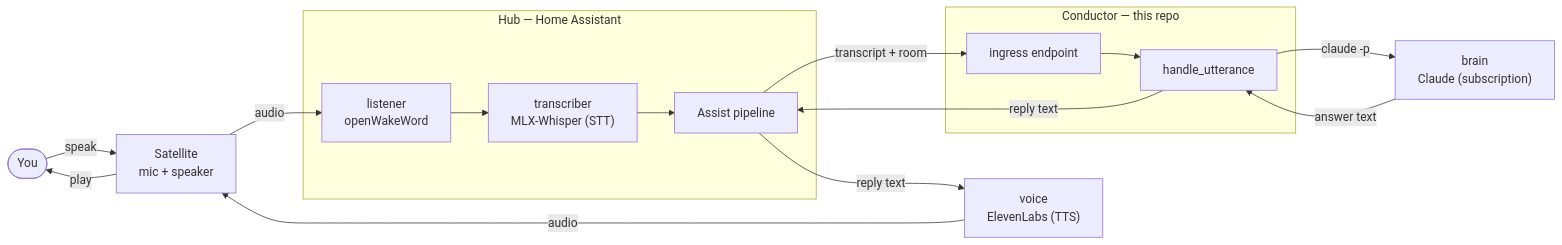
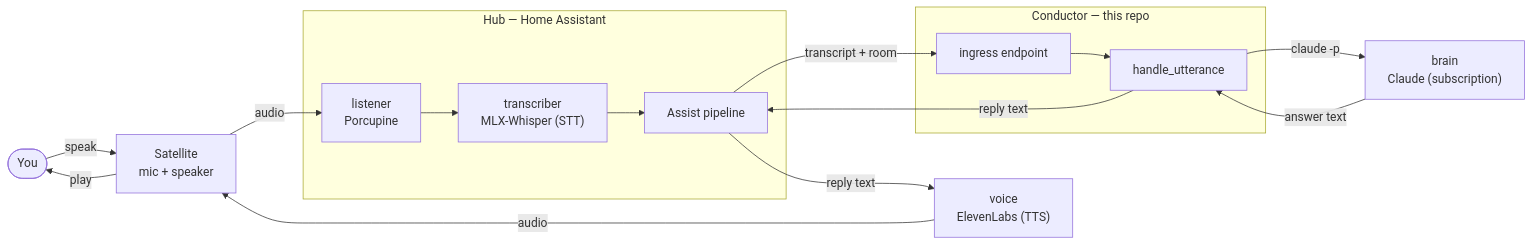
One commit to alexdalgleishmorel/jarvis changed the first of 5 diagrams in docs/architecture.md. Above: the diagram before and after it, drawn with Mermaid. The commit also changed other lines of this file and 5 other files, not shown here.

First line of the commit message:
Change wake word to "jarvis" (Porcupine) (#73)

````diff
--- a/docs/architecture.md
+++ b/docs/architecture.md
@@ -58,29 +58,29 @@
 ```mermaid
 flowchart LR
   user([You]) -->|speak| sat["Satellite<br/>mic + speaker"]
 
   subgraph hub["Hub — Home Assistant"]
-    listener["listener<br/>openWakeWord"]
+    listener["listener<br/>Porcupine"]
     transcriber["transcriber<br/>MLX-Whisper (STT)"]
     pipeline["Assist pipeline"]
     listener --> transcriber --> pipeline
   end
 
   subgraph cond["Conductor — this repo"]
     ingress["ingress endpoint"]
     usecase["handle_utterance"]
     ingress --> usecase
   end
 
   brain["brain<br/>Claude (subscription)"]
   voice["voice<br/>ElevenLabs (TTS)"]
 
   sat -->|audio| listener
   pipeline -->|"transcript + room"| ingress
   usecase -->|"claude -p"| brain
   brain -->|answer text| usecase
   usecase -->|reply text| pipeline
   pipeline -->|reply text| voice
   voice -->|audio| sat
   sat -->|play| user
 ```
````
